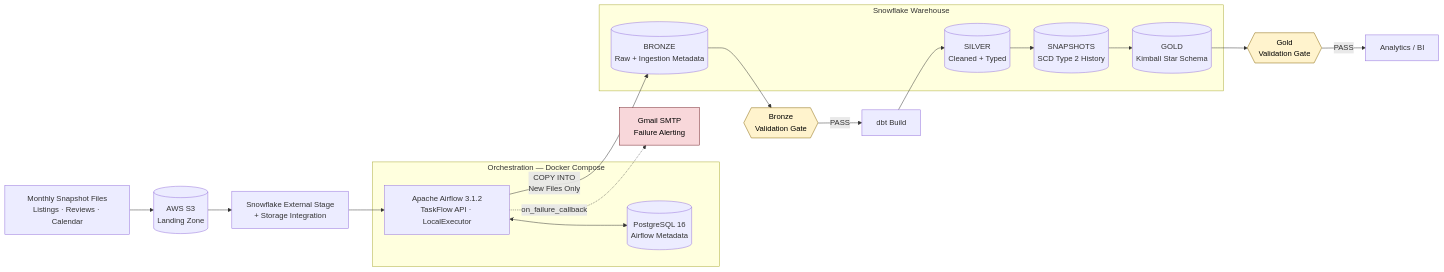
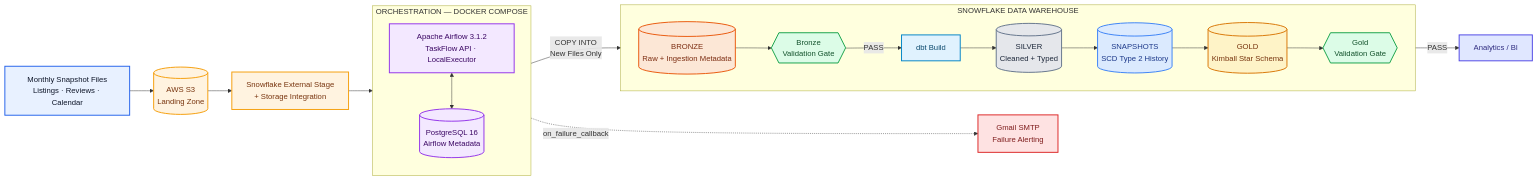
Before and after one commit to MitaliRafaliya30/Rental-Market-Intelligence-Platform: the first of 6 diagrams in README.md, drawn with Mermaid.

Commit message:
Revise orchestration and color palette in README
Updated the README.md to enhance the orchestration and color palette sections.

````diff
--- a/README.md
+++ b/README.md
@@ -86,19 +86,64 @@
 
     AF -.->|"on_failure_callback"| MAIL["Gmail SMTP<br/>Failure Alerting"]
 
-    subgraph ORCH["Orchestration — Docker Compose"]
+
+    %% -----------------------------
+    %% ORCHESTRATION
+    %% -----------------------------
+
+    subgraph ORCH["ORCHESTRATION — DOCKER COMPOSE"]
+        direction TB
         AF
         PG
     end
 
-    subgraph SNOW["Snowflake Warehouse"]
+
+    %% -----------------------------
+    %% SNOWFLAKE
+    %% -----------------------------
+
+    subgraph SNOW["SNOWFLAKE DATA WAREHOUSE"]
+        direction LR
         BR
+        VB
+        DBT
         SI
         SN
         GO
+        VG
     end
 
-    style VB fill:#fff3cd,stroke:#856404,color:#000
-    style VG fill:#fff3cd,stroke:#856404,color:#000
-    style MAIL fill:#f8d7da,stroke:#721c24,color:#000
+
+    %% -----------------------------
+    %% COLOR PALETTE
+    %% -----------------------------
+
+    classDef source fill:#E8F1FF,stroke:#2563EB,stroke-width:2px,color:#0F172A;
+    classDef aws fill:#FFF3E0,stroke:#F59E0B,stroke-width:2px,color:#78350F;
+    classDef orchestration fill:#F3E8FF,stroke:#9333EA,stroke-width:2px,color:#3B0764;
+    classDef bronze fill:#FCE7D6,stroke:#EA580C,stroke-width:2px,color:#7C2D12;
+    classDef silver fill:#E5E7EB,stroke:#64748B,stroke-width:2px,color:#1E293B;
+    classDef snapshot fill:#DBEAFE,stroke:#3B82F6,stroke-width:2px,color:#1E3A8A;
+    classDef gold fill:#FEF3C7,stroke:#D97706,stroke-width:2px,color:#78350F;
+    classDef validation fill:#DCFCE7,stroke:#16A34A,stroke-width:2px,color:#14532D;
+    classDef dbt fill:#E0F2FE,stroke:#0284C7,stroke-width:2px,color:#0C4A6E;
+    classDef bi fill:#E0E7FF,stroke:#4F46E5,stroke-width:2px,color:#312E81;
+    classDef alert fill:#FEE2E2,stroke:#DC2626,stroke-width:2px,color:#7F1D1D;
+
+
+    %% -----------------------------
+    %% APPLY COLORS
+    %% -----------------------------
+
+    class SRC source;
+    class S3,STG aws;
+    class AF,PG orchestration;
+    class BR bronze;
+    class VB,VG validation;
+    class DBT dbt;
+    class SI silver;
+    class SN snapshot;
+    class GO gold;
+    class BI bi;
+    class MAIL alert;
 ```
````
